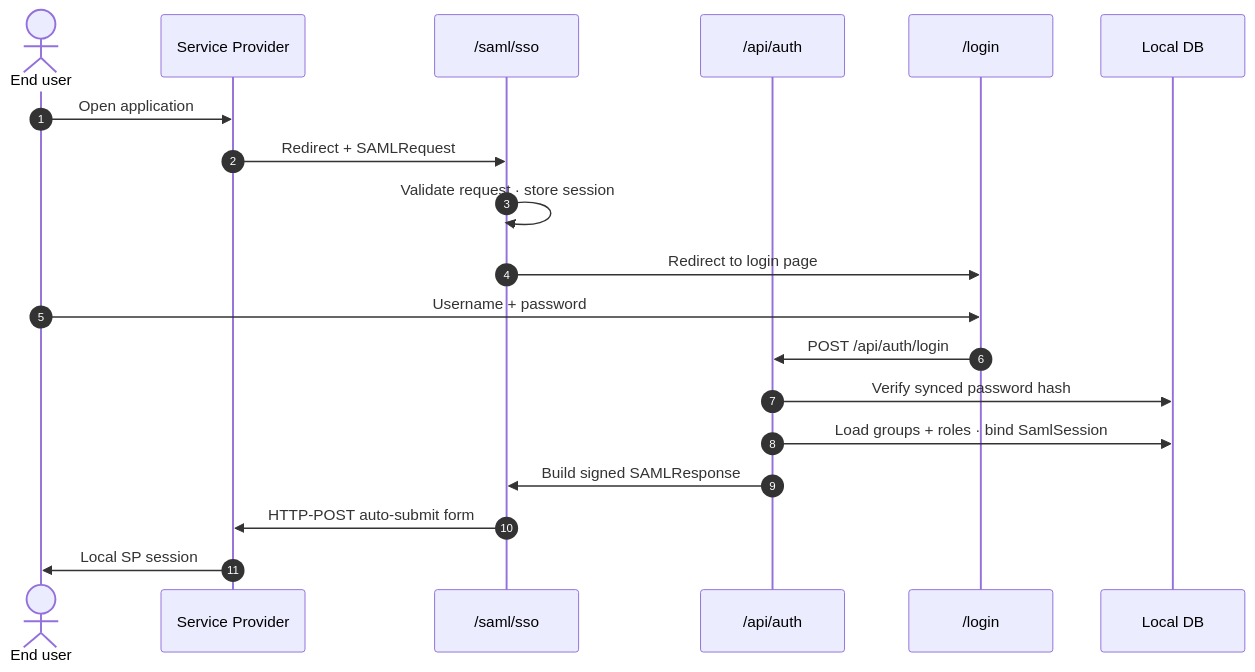
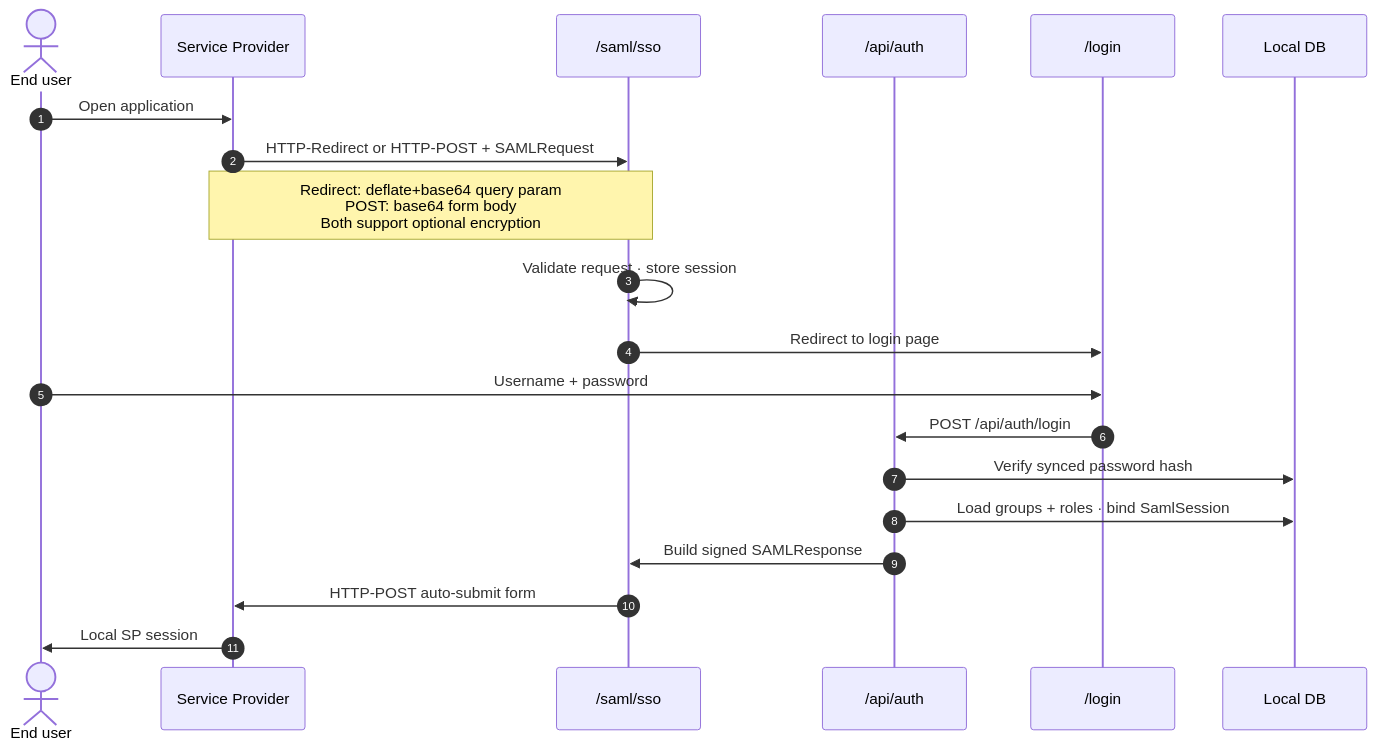
The diagram in docs/img/sso-flow.mmd (01laky/NestIdP), drawn with Mermaid before and after one commit. The commit also changed 51 other files, not shown here.

First line of the commit message:
feat(saml): ECDH-ES inbound EC decrypt + HTTP-POST binding (v1.7.2)

```diff
--- a/docs/img/sso-flow.mmd
+++ b/docs/img/sso-flow.mmd
@@ -1,20 +1,21 @@
 sequenceDiagram
 	autonumber
 	actor User as End user
 	participant SP as Service Provider
 	participant SAML as /saml/sso
 	participant Auth as /api/auth
 	participant Login as /login
 	participant DB as Local DB
 
 	User->>SP: Open application
-	SP->>SAML: Redirect + SAMLRequest
+	SP->>SAML: HTTP-Redirect or HTTP-POST + SAMLRequest
+	Note over SP,SAML: Redirect: deflate+base64 query param<br/>POST: base64 form body<br/>Both support optional encryption
 	SAML->>SAML: Validate request · store session
 	SAML->>Login: Redirect to login page
 	User->>Login: Username + password
 	Login->>Auth: POST /api/auth/login
 	Auth->>DB: Verify synced password hash
 	Auth->>DB: Load groups + roles · bind SamlSession
 	Auth->>SAML: Build signed SAMLResponse
 	SAML->>SP: HTTP-POST auto-submit form
 	SP->>User: Local SP session
```
